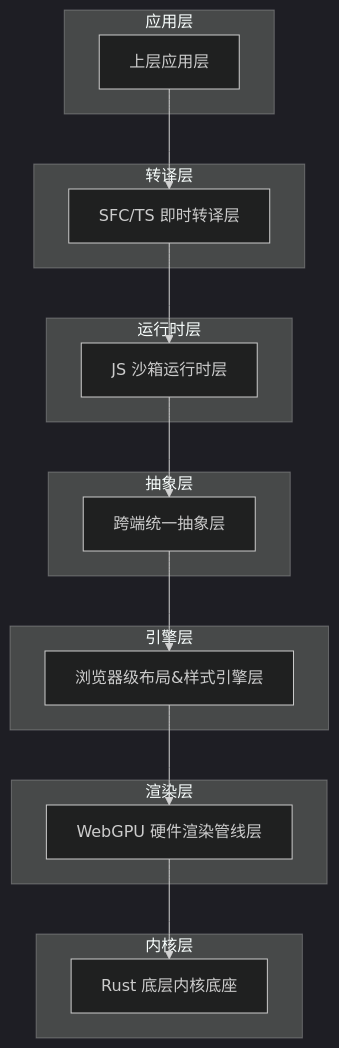
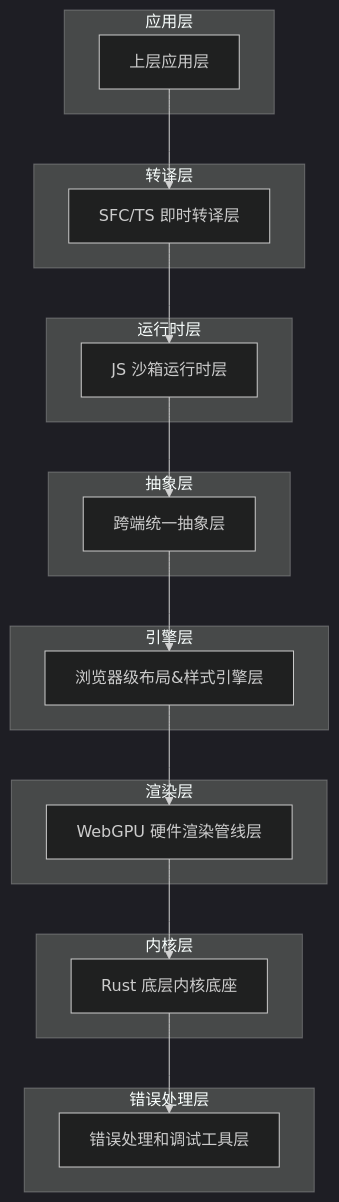
Before and after one commit to itszzl-sudo/iris: the first of 8 diagrams in .qoder/repowiki/zh/content/项目概述/技术架构总览/技术架构总览.md, drawn with Mermaid (dark theme). The commit also changed other lines of this file and 6 other files, not shown here.

````diff
--- a/.qoder/repowiki/zh/content/项目概述/技术架构总览/技术架构总览.md
+++ b/.qoder/repowiki/zh/content/项目概述/技术架构总览/技术架构总览.md
@@ -29,30 +43,34 @@
 ```mermaid
 graph TB
 subgraph "应用层"
 AppLayer[上层应用层]
 end
 subgraph "转译层"
 TransLayer[SFC/TS 即时转译层]
 end
 subgraph "运行时层"
 RuntimeLayer[JS 沙箱运行时层]
 end
 subgraph "抽象层"
 AbstractionLayer[跨端统一抽象层]
 end
 subgraph "引擎层"
 EngineLayer[浏览器级布局&样式引擎层]
 end
 subgraph "渲染层"
 RenderLayer[WebGPU 硬件渲染管线层]
 end
 subgraph "内核层"
 KernelLayer[Rust 底层内核底座]
 end
+subgraph "错误处理层"
+ErrorLayer[错误处理和调试工具层]
+end
 AppLayer --> TransLayer
 TransLayer --> RuntimeLayer
 RuntimeLayer --> AbstractionLayer
 AbstractionLayer --> EngineLayer
 EngineLayer --> RenderLayer
 RenderLayer --> KernelLayer
+KernelLayer --> ErrorLayer
 ```
````
